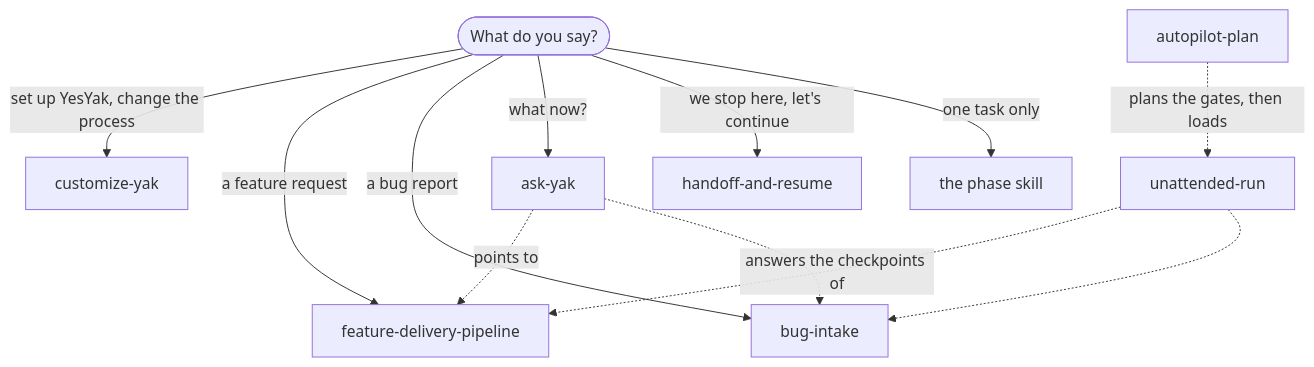
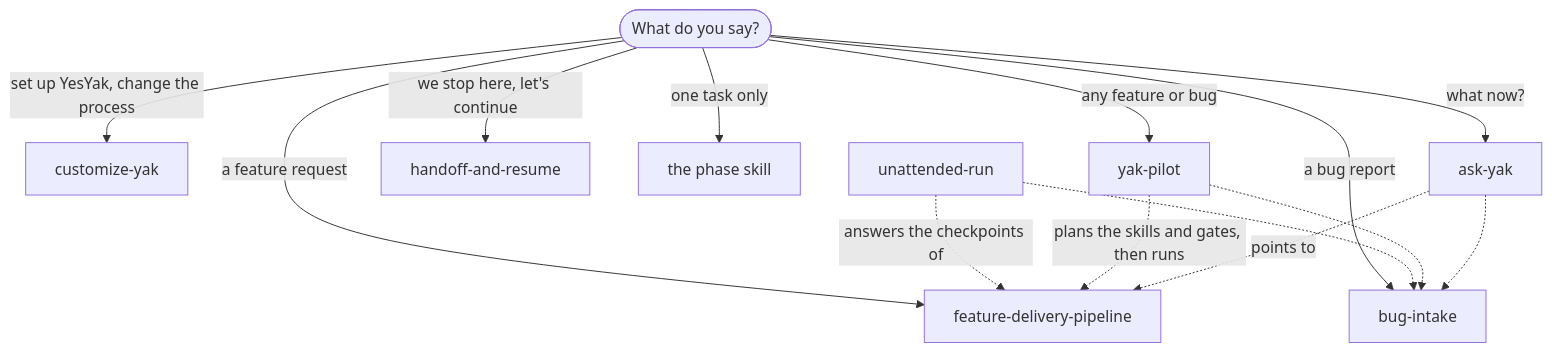
One commit to webreactiva/yesyak changed the second of 5 diagrams in README.md. Above: the diagram before and after it, drawn with Mermaid. The commit also changed other lines of this file, not shown here.

First line of the commit message:
docs: 📝 describe yak-pilot as the entry point in the README

````diff
--- a/README.md
+++ b/README.md
@@ -109,15 +111,17 @@
 ```mermaid
 flowchart TD
     Q([What do you say?])
     Q -->|set up YesYak, change the process| CY[customize-yak]
     Q -->|a feature request| FP[feature-delivery-pipeline]
     Q -->|a bug report| BI[bug-intake]
     Q -->|what now?| AY[ask-yak]
     Q -->|we stop here, let's continue| HR[handoff-and-resume]
     Q -->|one task only| PS[the phase skill]
     U[unattended-run] -. answers the checkpoints of .-> FP
     U -.-> BI
-    AP[autopilot-plan] -. plans the gates, then loads .-> U
+    Q -->|any feature or bug| YP[yak-pilot]
+    YP -. plans the skills and gates, then runs .-> FP
+    YP -.-> BI
     AY -. points to .-> FP
     AY -.-> BI
 ```
````
